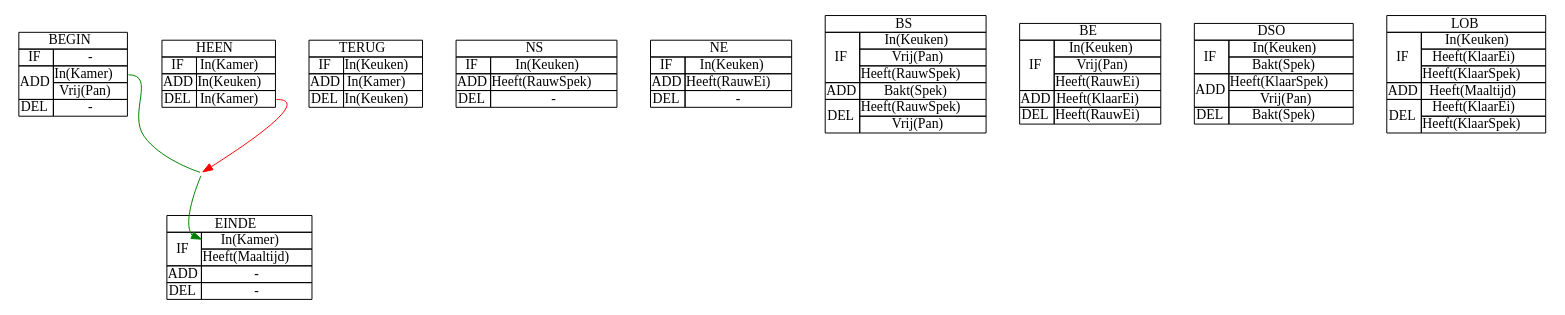
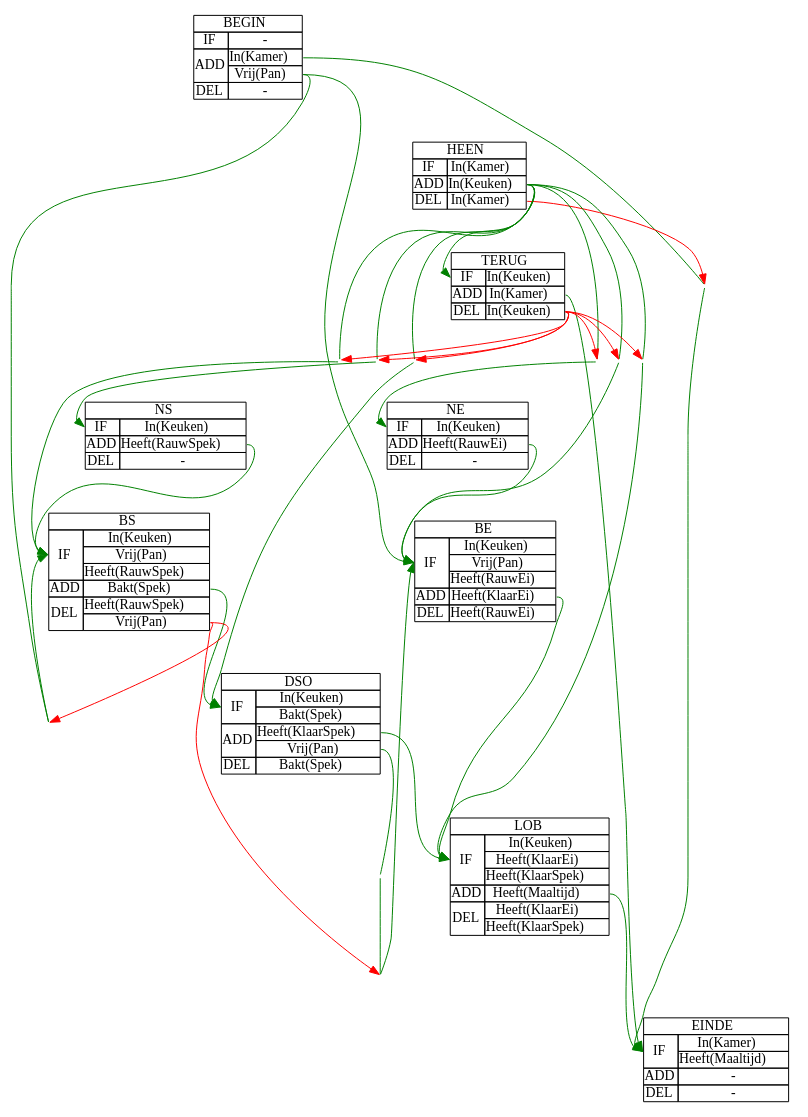
One commit to NorfairKing/ai_alternative-exam changed the diagram in resources/graphs/strips_1.dot. Above: the diagram before and after it, drawn with Graphviz. The commit also changed 2 other files, not shown here.

```diff
--- a/resources/graphs/strips_1.dot
+++ b/resources/graphs/strips_1.dot
@@ -1,6 +1,11 @@
 digraph structs {
- node [shape=plaintext];
-i [label=
+
+splines = spline
+splines = true
+
+node [shape=plaintext];
+i [
+label=
 < <table border="0" cellborder="1" cellspacing="0" cellpadding="0">
     <tr>
         <td port="name" colspan="2">BEGIN</td>
@@ -23,7 +28,8 @@
 </table>>]; 
 
 
-f [label=
+f [
+label=
 < <table border="0" cellborder="1" cellspacing="0" cellpadding="0">
     <tr>
         <td port="name" colspan="2">EINDE</td>
@@ -45,7 +51,8 @@
     </tr>
 </table>>]; 
 
-h [label=
+h [
+label=
 < <table border="0" cellborder="1" cellspacing="0" cellpadding="0">
     <tr>
         <td port="name" colspan="2">HEEN</td>
@@ -64,7 +71,8 @@
     </tr>
 </table>>]; 
 
-t [label=
+t [
+label=
 < <table border="0" cellborder="1" cellspacing="0" cellpadding="0">
     <tr>
         <td port="name" colspan="2">TERUG</td>
@@ -83,7 +91,8 @@
     </tr>
 </table>>]; 
 
-ns [label=
+ns [
+label=
 < <table border="0" cellborder="1" cellspacing="0" cellpadding="0">
     <tr>
         <td port="name" colspan="2">NS</td>
@@ -103,7 +112,8 @@
 </table>>]; 
 
 
-ne [label=
+ne [
+label=
 < <table border="0" cellborder="1" cellspacing="0" cellpadding="0">
     <tr>
         <td port="name" colspan="2">NE</td>
@@ -229,12 +239,80 @@
 </table>>]; 
 
 
+node [style = invis, shape = point];
+bet_i_f;    
+bet_i_be;  
+bet_h_ns; 
+bet_h_ne;
+bet_h_bs;
+bet_h_be;
+bet_h_dso;
+bet_h_lob;
+bet_dso_bs;
+bet_dso_be;
 
- between[style=invis,shape=point];
- 
- i:add_1:e -> between[arrowhead=none, color=green];
- between -> f:if_1:w[color = green];
+i:add_1:e   -> bet_i_f      [arrowhead = none, color = green];
+bet_i_f     -> f:if_0:w     [color = green];
 
- h:del_1:e -> between[color=red];
+i:add_2:e   -> bet_i_be     [arrowhead = none, color = green];
+bet_i_be    -> bs:if_0:w    [color = green];
+
+i:add_2:e   -> be:if_0:w    [color = green];
+
+h:add_1:e   -> bet_h_ns     [arrowhead = none, color = green];
+bet_h_ns    -> ns:if_0:w    [color = green];
+h:add_1:e   -> bet_h_ne     [arrowhead = none, color = green];
+bet_h_ne    -> ne:if_0:w    [color = green];
+h:add_1:e   -> bet_h_bs     [arrowhead = none, color = green];
+bet_h_bs    -> bs:if_0:w    [color = green];
+h:add_1:e   -> bet_h_be     [arrowhead = none, color = green];
+bet_h_be    -> be:if_0:w    [color = green];
+h:add_1:e   -> bet_h_dso    [arrowhead = none, color = green];
+bet_h_dso   -> dso:if_0:w   [color = green];
+h:add_1:e   -> bet_h_lob    [arrowhead = none, color = green];
+bet_h_lob   -> lob:if_0:w   [color = green];
+
+h:add_1:e   -> t:if_0:w     [color = green]
+t:add_1:e   -> f:if_0:w     [color = green]
+
+ns:add_1:e  -> bs:if_0:w    [color = green];
+
+ne:add_1:e  -> be:if_0:w    [color = green];
+
+bs:add_1:e  -> dso:if_0:w   [color = green];
+
+be:add_1:e  -> lob:if_0:w   [color = green];
+
+dso:add_1:e -> lob:if_0:w   [color = green];
+dso:add_2:e -> bet_dso_bs   [arrowhead = none, color = green];
+bet_dso_bs  -> bet_dso_be   [arrowhead = none, color = green];
+bet_dso_be  -> be:if_0:w    [color = green];
+
+lob:add_1:e -> f:if_0:w     [color = green];
+
+
+edge [color = red];
+h:del_1:e   -> bet_i_f;
+bs:del_2:e  -> bet_i_be;
+bs:del_2:e  -> bet_dso_be;
+t:del_1:e   -> bet_h_ns; 
+t:del_1:e   -> bet_h_ne; 
+t:del_1:e   -> bet_h_bs; 
+t:del_1:e   -> bet_h_be; 
+t:del_1:e   -> bet_h_dso; 
+t:del_1:e   -> bet_h_lob; 
+
+{rank=source; "i"}
+{rank=same; "h"}
+{rank=same; "ns" "ne"}
+{rank=same; "bs" "be"}
+{rank=same; "dso"}
+{rank=same; "lob"}
+{rank=same; "t"}
+{rank=sink; "f"}
+
+
+
+
 
 }
```
